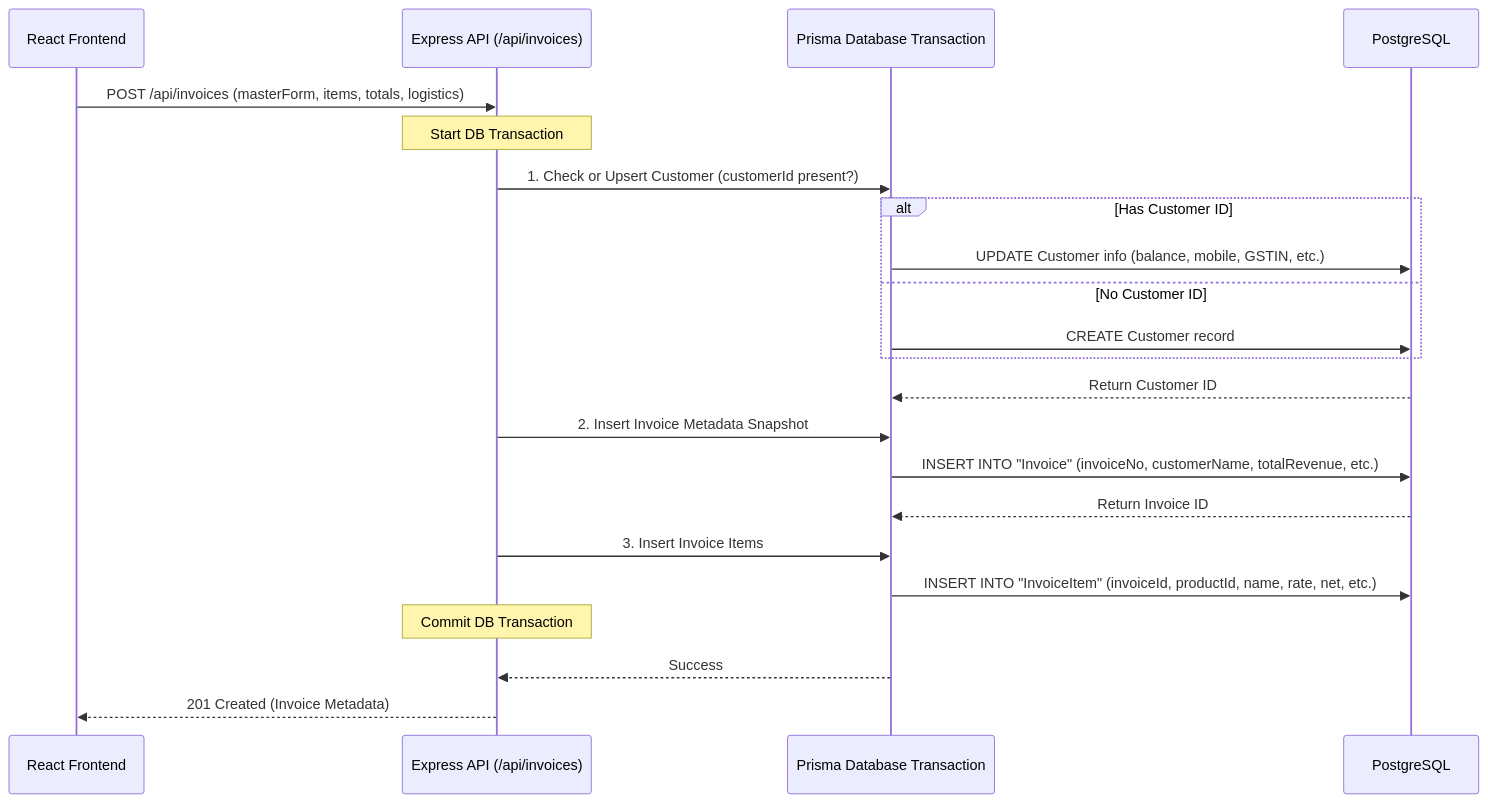
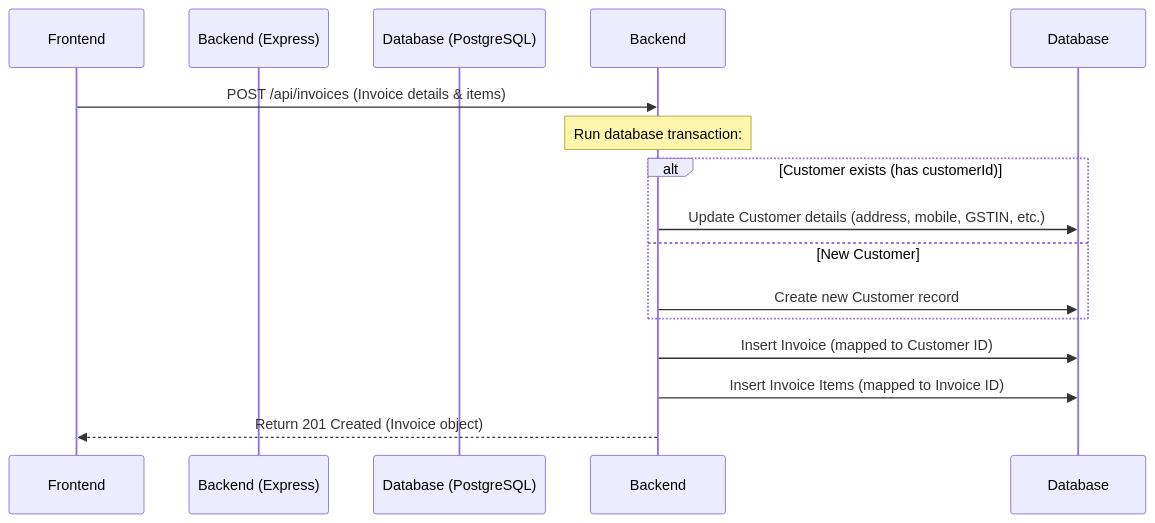
The third of 3 diagrams in technical_documentation.md (AdinathD/invoiso), drawn with Mermaid before and after one commit. The commit also changed other lines of this file, not shown here.

````diff
--- a/technical_documentation.md
+++ b/technical_documentation.md
@@ -177,28 +177,17 @@
 ```mermaid
 sequenceDiagram
-    participant UI as React Frontend
-    participant API as Express API (/api/invoices)
-    participant TX as Prisma Database Transaction
-    participant DB as PostgreSQL
+    participant Frontend
+    participant Backend (Express)
+    participant Database (PostgreSQL)
 
-    UI->>API: POST /api/invoices (masterForm, items, totals, logistics)
-    Note over API: Start DB Transaction
-    API->>TX: 1. Check or Upsert Customer (customerId present?)
-    alt Has Customer ID
-        TX->>DB: UPDATE Customer info (balance, mobile, GSTIN, etc.)
-    else No Customer ID
-        TX->>DB: CREATE Customer record
+    Frontend->>Backend: POST /api/invoices (Invoice details & items)
+    Note over Backend: Run database transaction:
+    alt Customer exists (has customerId)
+        Backend->>Database: Update Customer details (address, mobile, GSTIN, etc.)
+    else New Customer
+        Backend->>Database: Create new Customer record
     end
-    DB-->>TX: Return Customer ID
-    
-    API->>TX: 2. Insert Invoice Metadata Snapshot
-    TX->>DB: INSERT INTO "Invoice" (invoiceNo, customerName, totalRevenue, etc.)
-    DB-->>TX: Return Invoice ID
-    
-    API->>TX: 3. Insert Invoice Items
-    TX->>DB: INSERT INTO "InvoiceItem" (invoiceId, productId, name, rate, net, etc.)
-    
-    Note over API: Commit DB Transaction
-    TX-->>API: Success
-    API-->>UI: 201 Created (Invoice Metadata)
+    Backend->>Database: Insert Invoice (mapped to Customer ID)
+    Backend->>Database: Insert Invoice Items (mapped to Invoice ID)
+    Backend-->>Frontend: Return 201 Created (Invoice object)
 ```
````
